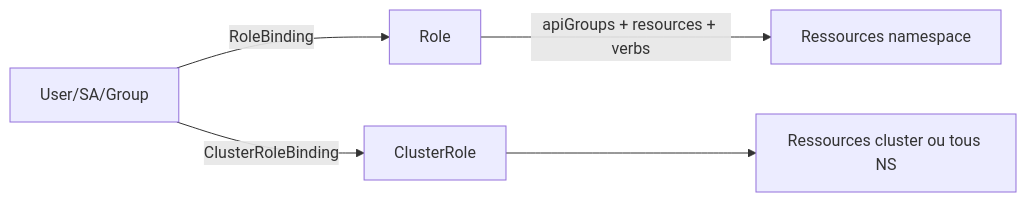
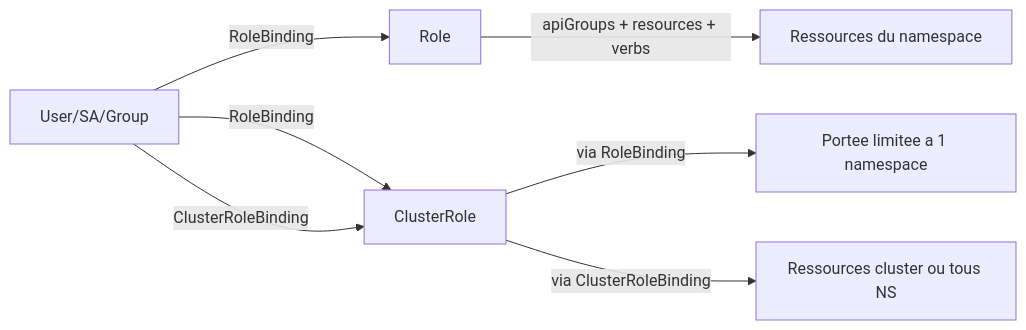
The third of 3 diagrams in 01-cluster-architecture.md (gslongo/cka-exam-preparation-french), drawn with Mermaid before and after one commit. The commit also changed other lines of this file and 15 other files, not shown here.

````diff
--- a/01-cluster-architecture.md
+++ b/01-cluster-architecture.md
@@ -235,7 +241,9 @@
 ```mermaid
 graph LR
     U[User/SA/Group] -->|RoleBinding| R[Role]
-    U -->|ClusterRoleBinding| CR[ClusterRole]
-    R -->|apiGroups + resources + verbs| API[Ressources namespace]
-    CR --> API2[Ressources cluster ou tous NS]
+    U -->|RoleBinding| CR[ClusterRole]
+    U -->|ClusterRoleBinding| CR
+    R -->|apiGroups + resources + verbs| API[Ressources du namespace]
+    CR -->|via RoleBinding| API3[Portee limitee a 1 namespace]
+    CR -->|via ClusterRoleBinding| API2[Ressources cluster ou tous NS]
 ```
````
